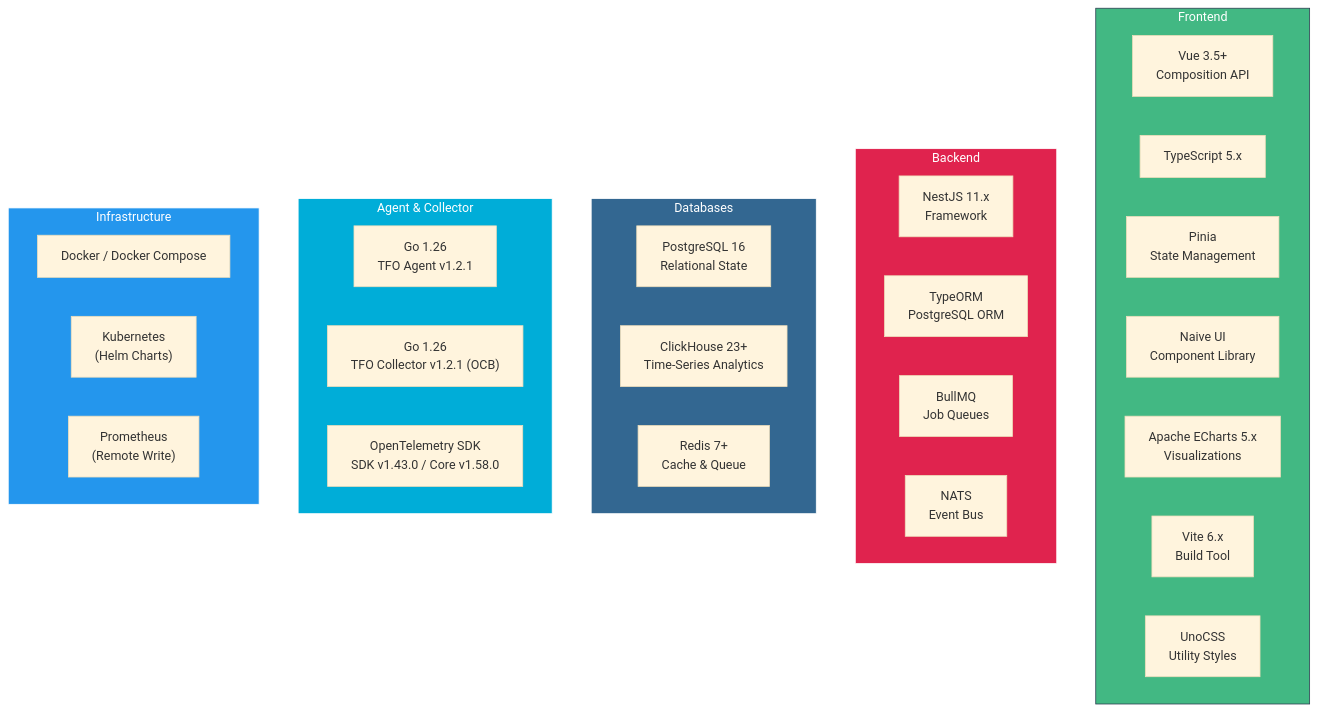
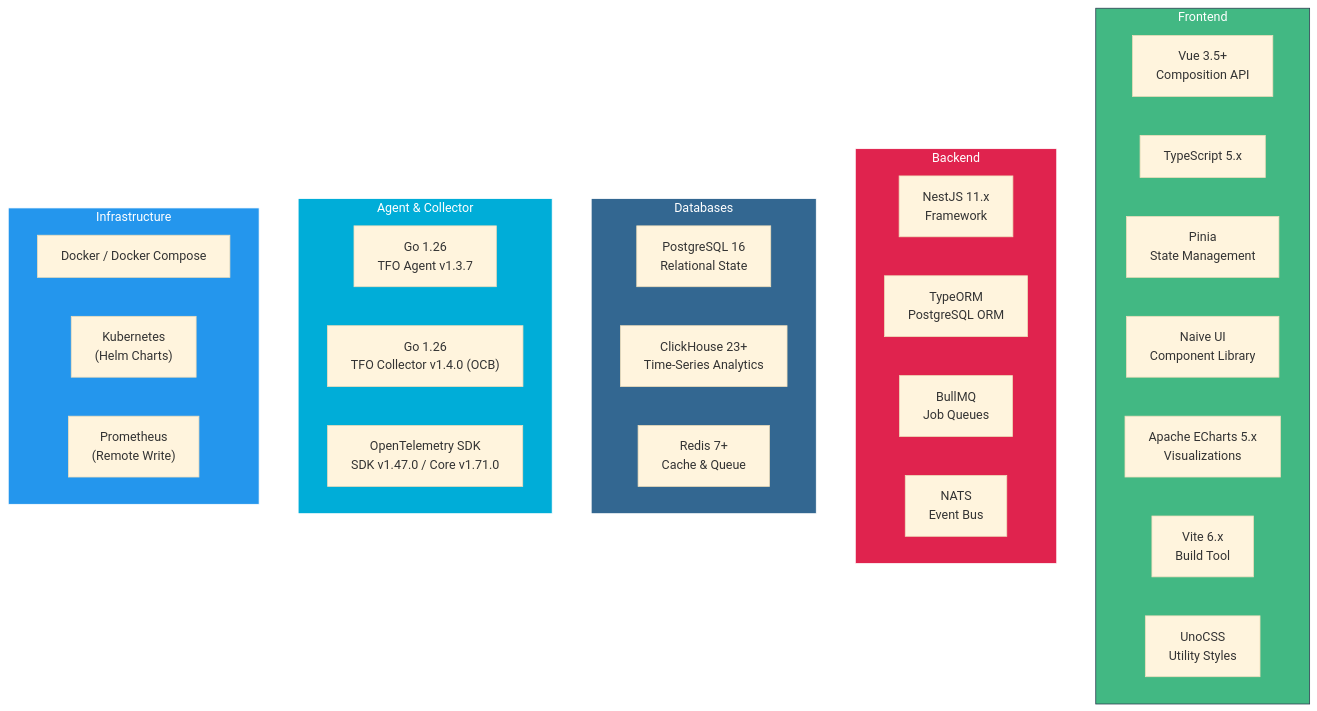
Diagram 13 of 18 in README.md (telemetryflow/.github), drawn with Mermaid (base theme) before and after one commit. The commit also changed other lines of this file and 1 other file, not shown here.

````diff
--- a/README.md
+++ b/README.md
@@ -927,43 +927,43 @@
 ```mermaid
 graph TB
     subgraph Frontend["Frontend"]
         VUE["Vue 3.5+<br/>Composition API"]
         TS["TypeScript 5.x"]
         PINIA["Pinia<br/>State Management"]
         NAIVE["Naive UI<br/>Component Library"]
         ECHARTS["Apache ECharts 5.x<br/>Visualizations"]
         VITE["Vite 6.x<br/>Build Tool"]
         UNO["UnoCSS<br/>Utility Styles"]
     end
 
     subgraph Backend["Backend"]
         NEST["NestJS 11.x<br/>Framework"]
         TYPEORM["TypeORM<br/>PostgreSQL ORM"]
         BULL["BullMQ<br/>Job Queues"]
         NATS_CLIENT["NATS<br/>Event Bus"]
     end
 
     subgraph Databases["Databases"]
         PG["PostgreSQL 16<br/>Relational State"]
         CLICK["ClickHouse 23+<br/>Time-Series Analytics"]
         REDIS["Redis 7+<br/>Cache & Queue"]
     end
 
     subgraph Agent["Agent & Collector"]
-        GOAGENT["Go 1.26<br/>TFO Agent v1.2.1"]
-        GOCOL["Go 1.26<br/>TFO Collector v1.2.1 (OCB)"]
-        OTEL_SDK["OpenTelemetry SDK<br/>SDK v1.43.0 / Core v1.58.0"]
+        GOAGENT["Go 1.26<br/>TFO Agent v1.3.7"]
+        GOCOL["Go 1.26<br/>TFO Collector v1.4.0 (OCB)"]
+        OTEL_SDK["OpenTelemetry SDK<br/>SDK v1.47.0 / Core v1.71.0"]
     end
 
     subgraph Infra["Infrastructure"]
         DOCKER["Docker / Docker Compose"]
         K8S_DEPLOY["Kubernetes<br/>(Helm Charts)"]
         PROM_SERVER["Prometheus<br/>(Remote Write)"]
     end
 
     style Frontend fill:#42b883,stroke:#2c3e50,color:#fff
     style Backend fill:#e0234e,stroke:#fff,color:#fff
     style Databases fill:#336791,stroke:#fff,color:#fff
     style Agent fill:#00add8,stroke:#fff,color:#fff
     style Infra fill:#2496ed,stroke:#fff,color:#fff
 ```
````
